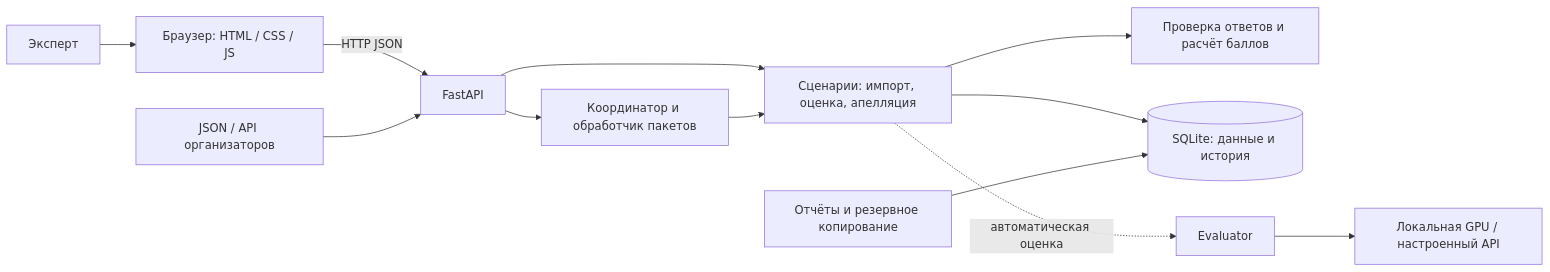
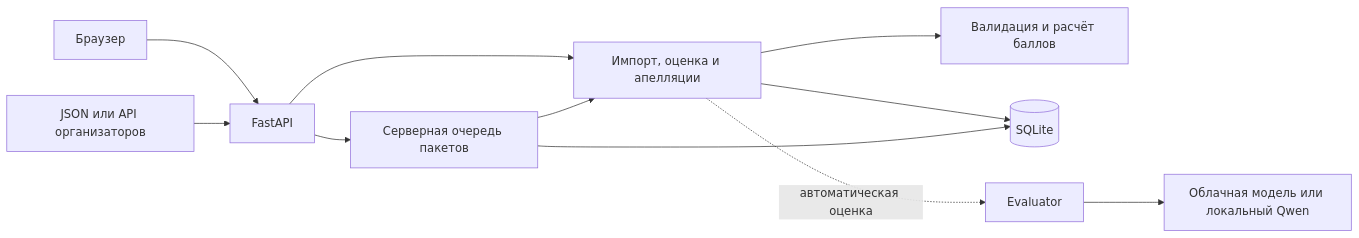
Before and after one commit to 8zellorr8/data_ch: the diagram in README.md, drawn with Mermaid. The commit also changed other lines of this file, not shown here.

````diff
--- a/README.md
+++ b/README.md
@@ -103,14 +56,13 @@
 ```mermaid
 flowchart LR
-    User[Эксперт] --> UI[Браузер: HTML / CSS / JS]
-    UI -->|HTTP JSON| API[FastAPI]
-    Data[JSON / API организаторов] --> API
-    API --> Services[Сценарии: импорт, оценка, апелляция]
-    Services --> Rules[Проверка ответов и расчёт баллов]
-    Services --> DB[(SQLite: данные и история)]
-    API --> Jobs[Координатор и обработчик пакетов]
-    Jobs --> Services
-    Services -. автоматическая оценка .-> Adapter[Evaluator]
-    Adapter --> AI[Локальная GPU / настроенный API]
-    CLI[Отчёты и резервное копирование] --> DB
+    UI[Браузер] --> API[FastAPI]
+    Data[JSON или API организаторов] --> API
+    API --> Core[Импорт, оценка и апелляции]
+    API --> Queue[Серверная очередь пакетов]
+    Queue --> Core
+    Core --> Score[Валидация и расчёт баллов]
+    Core --> DB[(SQLite)]
+    Queue --> DB
+    Core -. автоматическая оценка .-> Adapter[Evaluator]
+    Adapter --> Model[Облачная модель или локальный Qwen]
 ```
````
